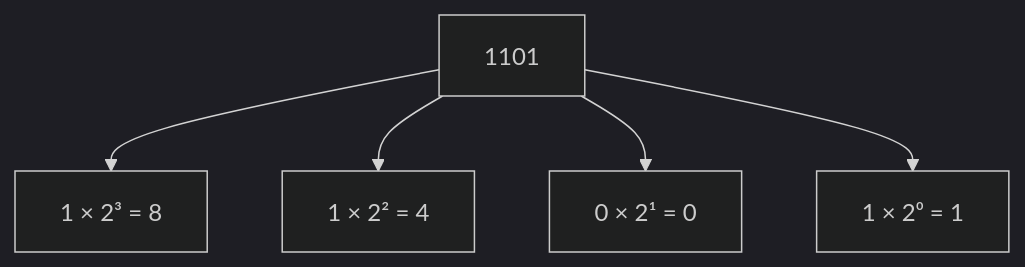
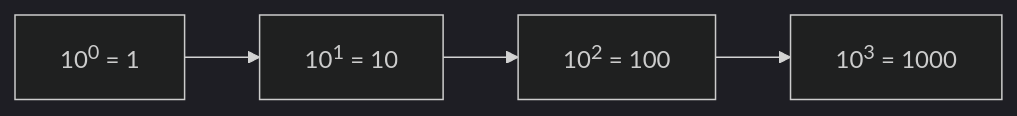
One commit to csmith2001/binary-calc changed the second of 2 diagrams in README.md. Above: the diagram before and after it, drawn with Mermaid (dark theme). The commit also changed other lines of this file, not shown here.

````diff
--- a/README.md
+++ b/README.md
@@ -62,14 +51,11 @@
 ```mermaid
-flowchart TD
-  Binary["1101"]
+flowchart LR
+  B0["10<sup>0</sup> = 1"]
+  B1["10<sup>1</sup> = 10"]
+  B2["10<sup>2</sup> = 100"]
+  B3["10<sup>3</sup> = 1000"]
 
-  B3["1 × 2³ = 8"]
-  B2["1 × 2² = 4"]
-  B1["0 × 2¹ = 0"]
-  B0["1 × 2⁰ = 1"]
-
-  Binary --> B3
-  Binary --> B2
-  Binary --> B1
-  Binary --> B0
+  B0-->B1
+  B1-->B2
+  B2-->B3
 ```
````
